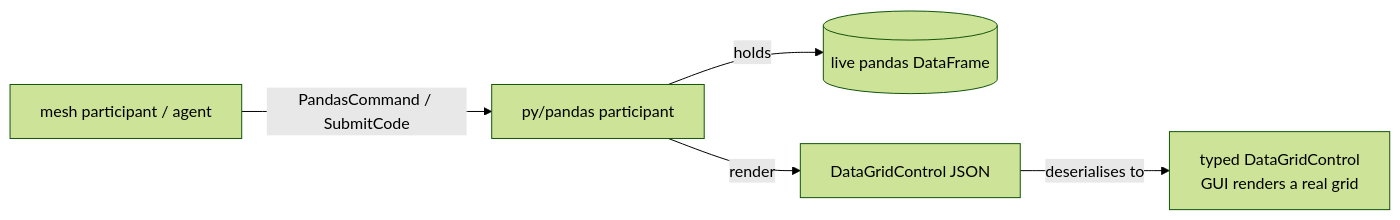
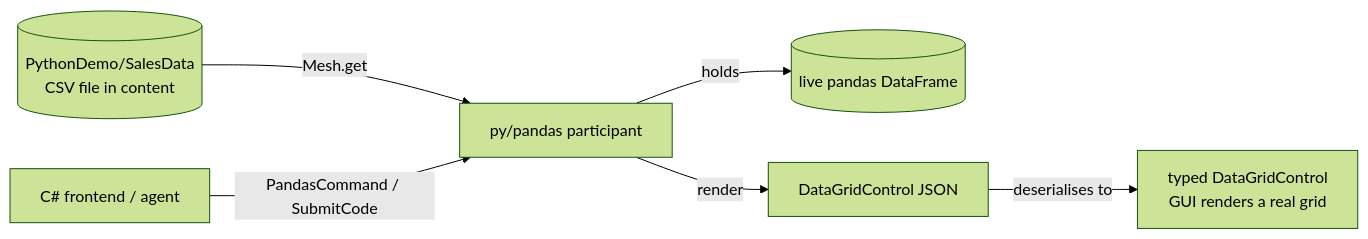
Before and after one commit to Systemorph/MeshWeaver: the first of 2 diagrams in src/MeshWeaver.Documentation/Data/DataMesh/PythonPandasNode.md, drawn with Mermaid (forest theme). The commit also changed other lines of this file and 38 other files, not shown here.

````diff
--- a/src/MeshWeaver.Documentation/Data/DataMesh/PythonPandasNode.md
+++ b/src/MeshWeaver.Documentation/Data/DataMesh/PythonPandasNode.md
@@ -27,7 +57,8 @@
 ```mermaid
 graph LR
-    A[mesh participant / agent] -- PandasCommand / SubmitCode --> B[py/pandas participant]
+    S[(PythonDemo/SalesData<br/>CSV file in content)] -- Mesh.get --> B[py/pandas participant]
+    A[C# frontend / agent] -- PandasCommand / SubmitCode --> B
     B -- holds --> D[(live pandas DataFrame)]
     B -- render --> G[DataGridControl JSON]
     G -- deserialises to --> H[typed DataGridControl<br/>GUI renders a real grid]
 ```
````
